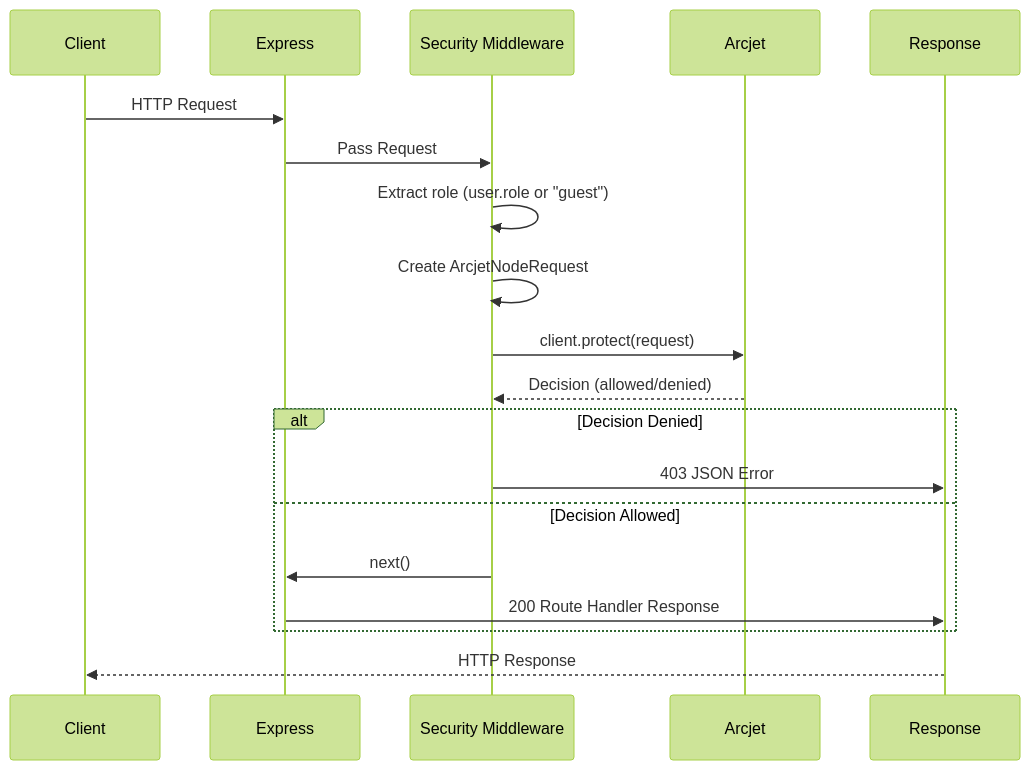
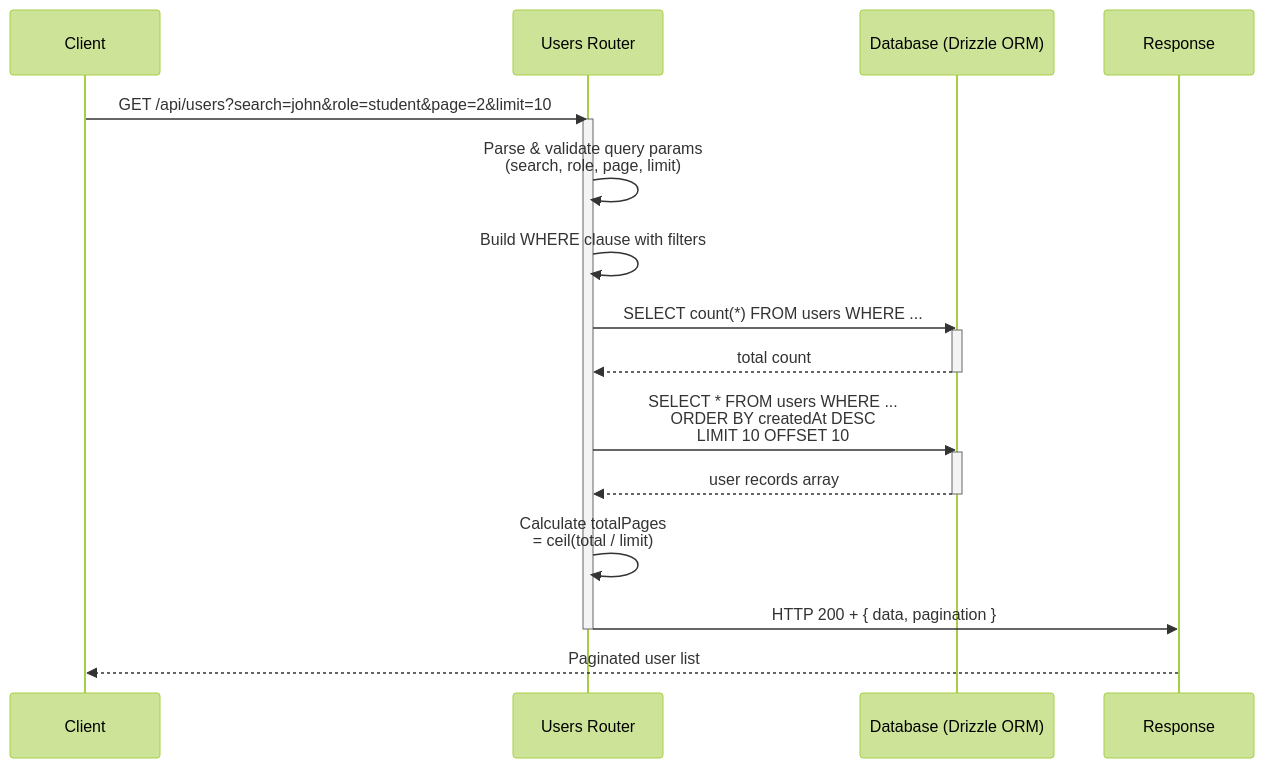
Before and after one commit to maherhms/Admin-Dashboard-Backend: the diagram in README.MD, drawn with Mermaid (forest theme). The commit also changed other lines of this file and 2 other files, not shown here.

Commit message:
fix raw exceptions

````diff
--- a/README.MD
+++ b/README.MD
@@ -20,25 +20,27 @@
 ```mermaid
 sequenceDiagram
     participant Client
-    participant Express
-    participant SecurityMW as Security Middleware
-    participant Arcjet
+    participant UsersRouter as Users Router
+    participant Database as Database (Drizzle ORM)
     participant Response
 
-    Client->>Express: HTTP Request
-    Express->>SecurityMW: Pass Request
-    SecurityMW->>SecurityMW: Extract role (user.role or "guest")
-    SecurityMW->>SecurityMW: Create ArcjetNodeRequest
-    SecurityMW->>Arcjet: client.protect(request)
-    Arcjet-->>SecurityMW: Decision (allowed/denied)
+    Client->>UsersRouter: GET /api/users?search=john&role=student&page=2&limit=10
+    activate UsersRouter
     
-    alt Decision Denied
-        SecurityMW->>Response: 403 JSON Error
-    else Decision Allowed
-        SecurityMW->>Express: next()
-        Express->>Response: 200 Route Handler Response
-    end
+    UsersRouter->>UsersRouter: Parse & validate query params<br/>(search, role, page, limit)
+    UsersRouter->>UsersRouter: Build WHERE clause with filters
+    UsersRouter->>Database: SELECT count(*) FROM users WHERE ...
+    activate Database
+    Database-->>UsersRouter: total count
+    deactivate Database
     
-    Response-->>Client: HTTP Response
-
+    UsersRouter->>Database: SELECT * FROM users WHERE ...<br/>ORDER BY createdAt DESC<br/>LIMIT 10 OFFSET 10
+    activate Database
+    Database-->>UsersRouter: user records array
+    deactivate Database
+    
+    UsersRouter->>UsersRouter: Calculate totalPages<br/>= ceil(total / limit)
+    UsersRouter->>Response: HTTP 200 + { data, pagination }
+    deactivate UsersRouter
+    Response-->>Client: Paginated user list
 ```
````
